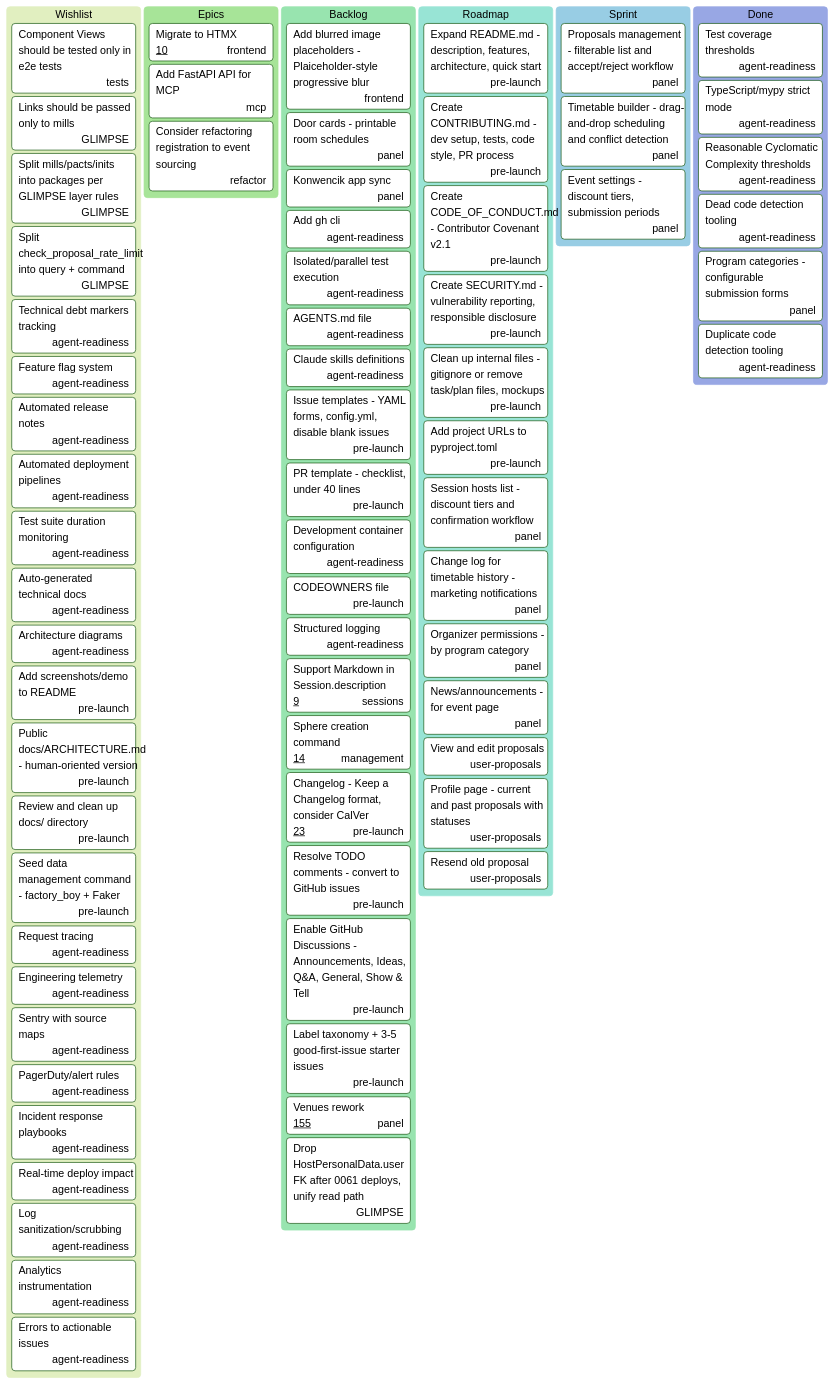
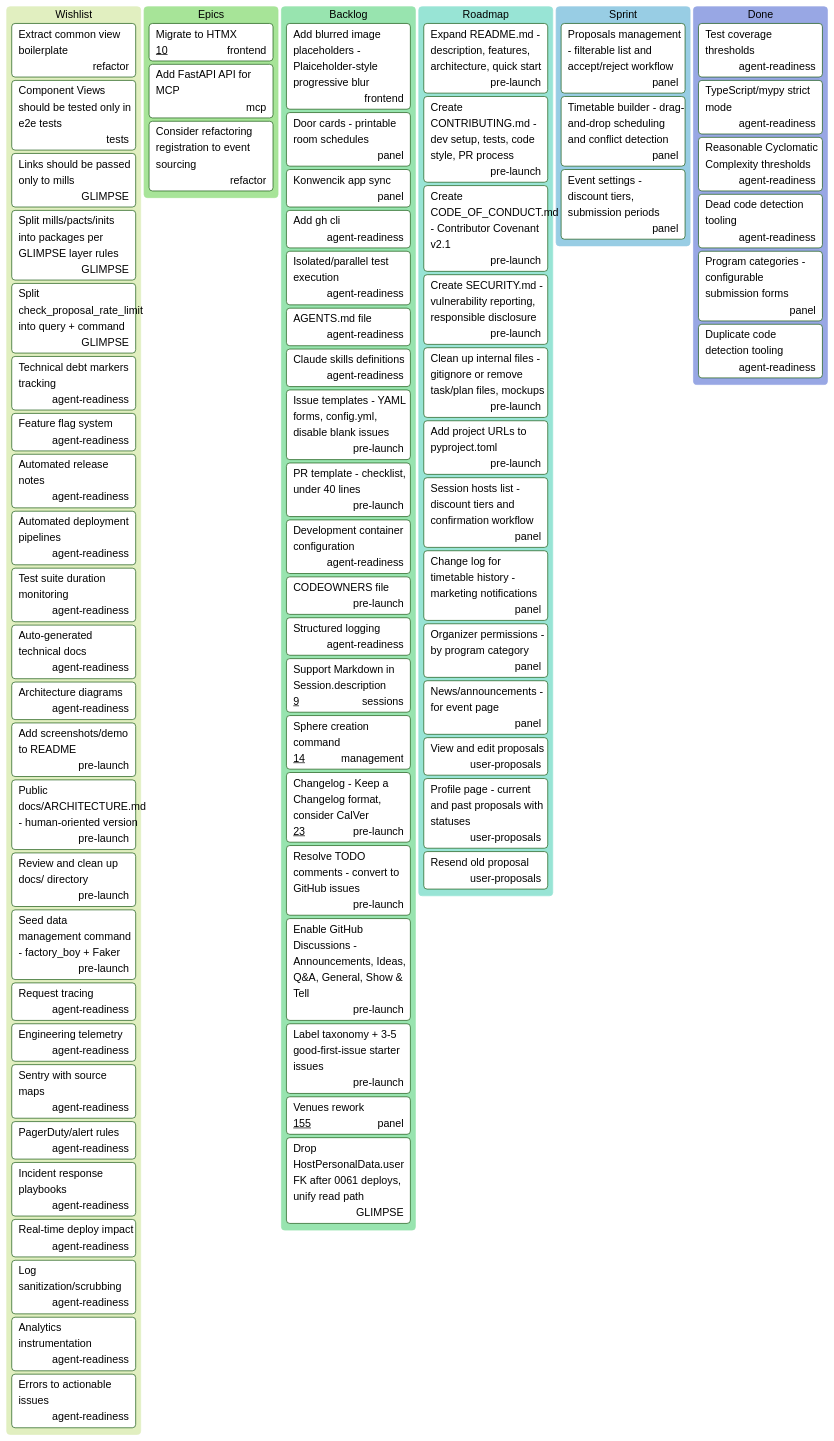
Before and after one commit to fancysnake/ludamus: the diagram in TODO.md, drawn with Mermaid (forest theme). The commit also changed 18 other files, not shown here.

```diff
--- a/TODO.md
+++ b/TODO.md
@@ -8,6 +8,7 @@
 ---
 kanban
   Wishlist
+    [Extract common view boilerplate]@{ assigned: 'refactor' }
     [Component Views should be tested only in e2e tests]@{ assigned: 'tests' }
     [Links should be passed only to mills]@{ assigned: 'GLIMPSE' }
     [Split mills/pacts/inits into packages per GLIMPSE layer rules]@{
```
